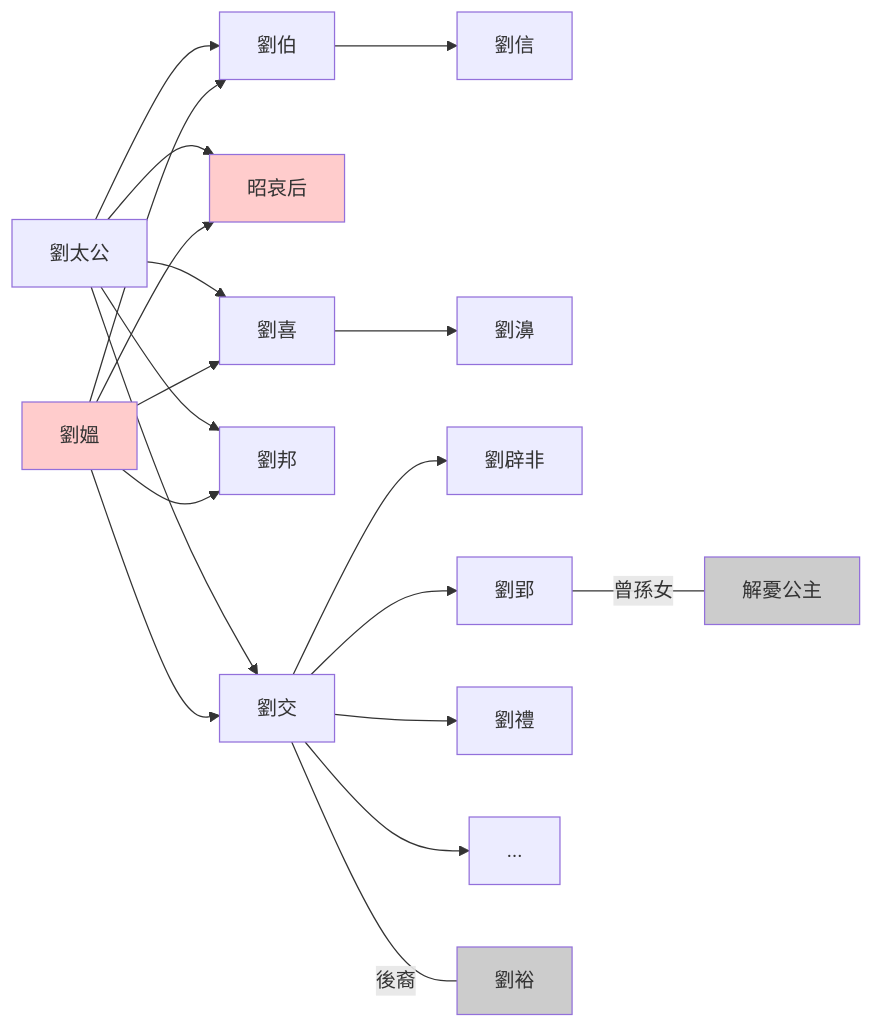
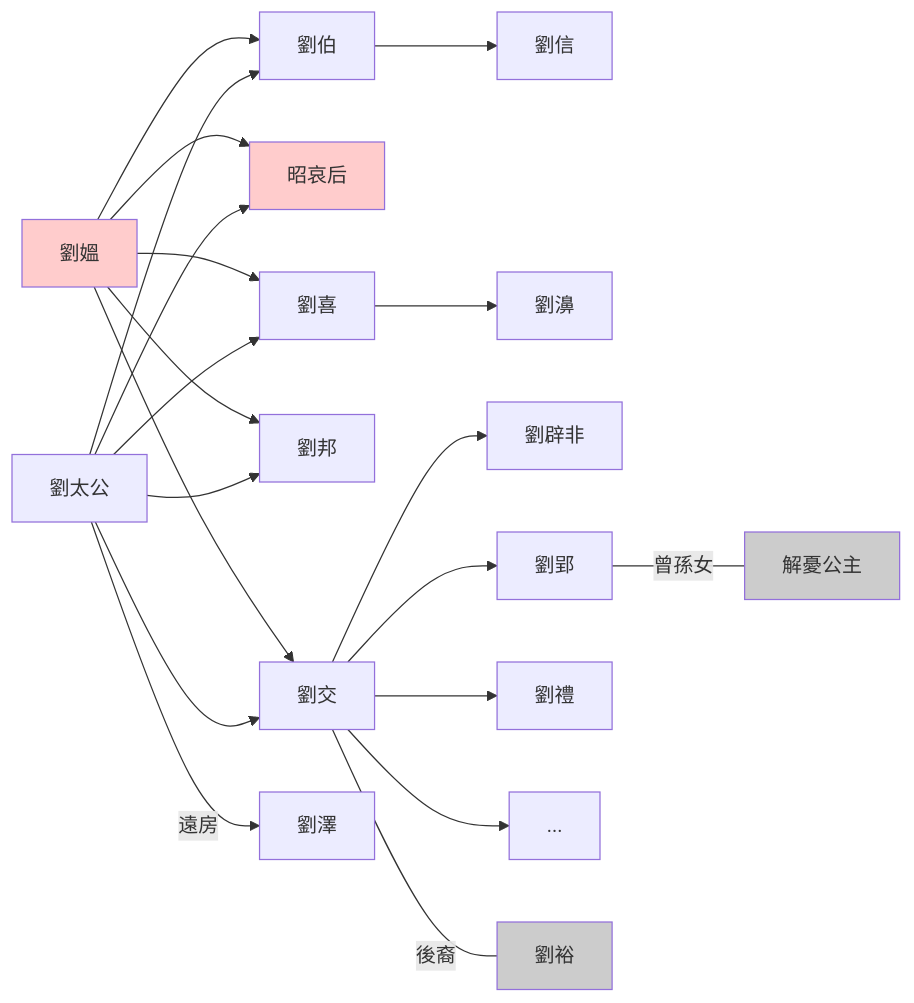
One commit to gamefang/zizhitongjian changed the first of 2 diagrams in 年代專項/西漢/劉邦世系圖.md. Above: the diagram before and after it, drawn with Mermaid. The commit also changed 4 other files, not shown here.

````diff
--- a/年代專項/西漢/劉邦世系圖.md
+++ b/年代專項/西漢/劉邦世系圖.md
@@ -5,27 +5,28 @@
 ```mermaid
 graph LR
 
 劉太公-->劉伯
 劉媼-->劉伯
 劉伯-->劉信
 劉太公-->昭哀后
 劉媼-->昭哀后
 劉太公-->劉喜
 劉媼-->劉喜
 劉喜-->劉濞
 劉太公-->劉邦
 劉媼-->劉邦
 劉太公-->劉交
 劉媼-->劉交
 劉交-->劉辟非
 劉交-->劉郢
 劉郢--曾孫女---解憂公主
 劉交-->劉禮
 劉交-->...
 劉交--後裔---劉裕
+劉太公--遠房-->劉澤
 
 classDef female fill:#ffcccc
 class 劉媼,昭哀后 female
 classDef far fill:#cccccc
 class 解憂公主,劉裕 far
 ```
````
